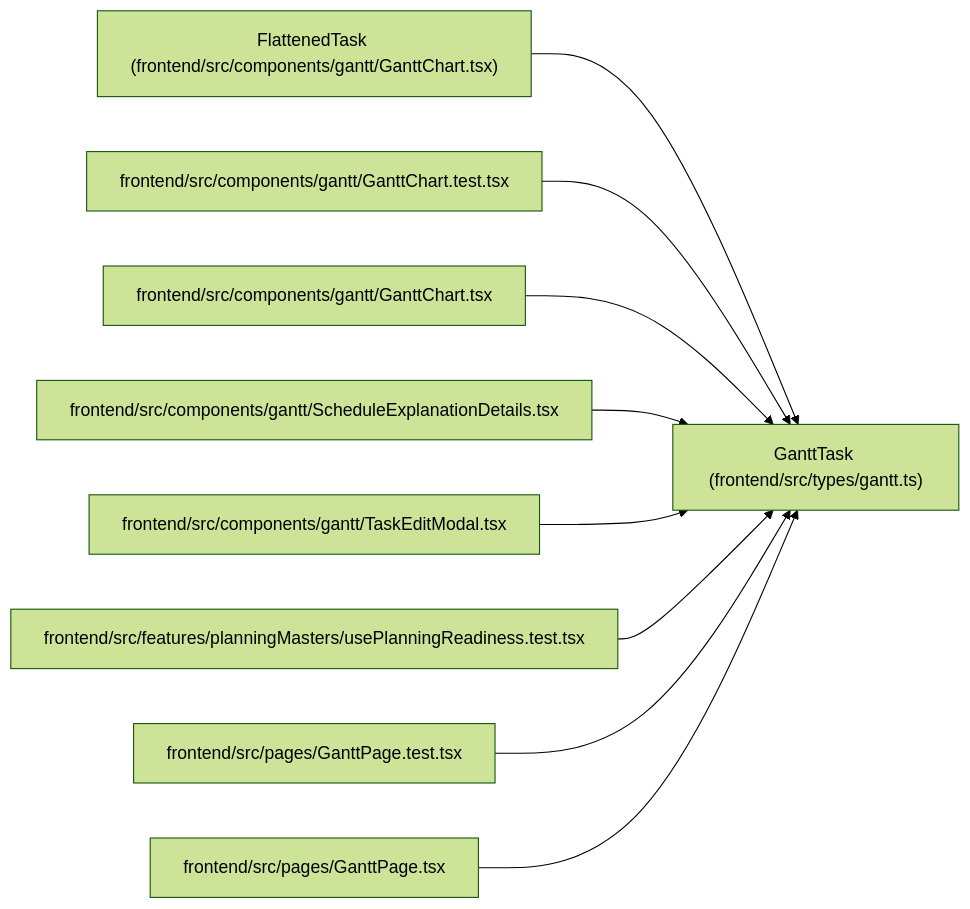
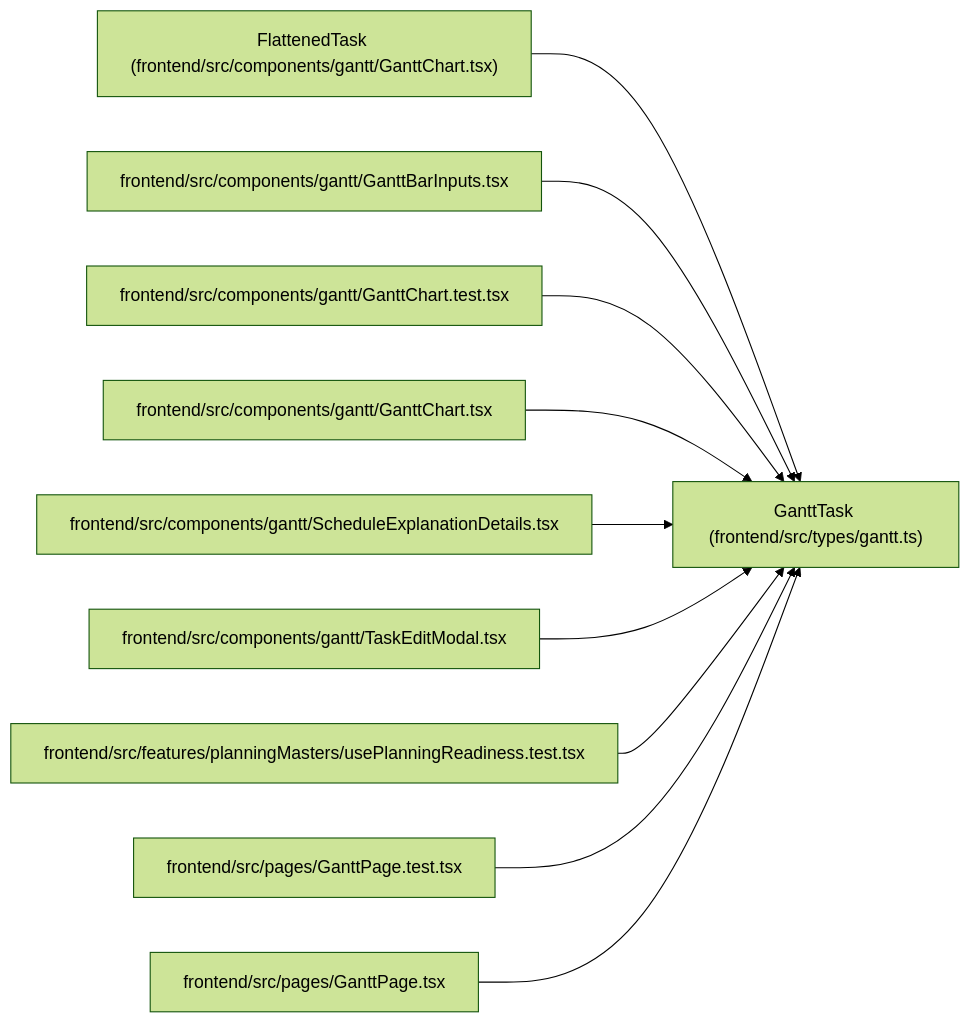
The diagram in docs/llm_wiki/entities/types_gantt_GanttTask.md (Denissvgn/WorkChord), drawn with Mermaid (forest theme) before and after one commit. The commit also changed other lines of this file and 854 other files, not shown here.

Commit message:
docs(wiki): refresh for the planning rule, capacity and Gantt input changes

````diff
--- a/docs/llm_wiki/entities/types_gantt_GanttTask.md
+++ b/docs/llm_wiki/entities/types_gantt_GanttTask.md
@@ -57,29 +57,32 @@
 ```mermaid
 flowchart LR
     n0["GanttTask (frontend/src/types/gantt.ts)"]
     n1["FlattenedTask (frontend/src/components/gantt/GanttChart.tsx)"]
-    n2["frontend/src/components/gantt/GanttChart.test.tsx"]
-    n3["frontend/src/components/gantt/GanttChart.tsx"]
-    n4["frontend/src/components/gantt/ScheduleExplanationDetails.tsx"]
-    n5["frontend/src/components/gantt/TaskEditModal.tsx"]
-    n6["frontend/src/features/planningMasters/usePlanningReadiness.test.tsx"]
-    n7["frontend/src/pages/GanttPage.test.tsx"]
-    n8["frontend/src/pages/GanttPage.tsx"]
+    n2["frontend/src/components/gantt/GanttBarInputs.tsx"]
+    n3["frontend/src/components/gantt/GanttChart.test.tsx"]
+    n4["frontend/src/components/gantt/GanttChart.tsx"]
+    n5["frontend/src/components/gantt/ScheduleExplanationDetails.tsx"]
+    n6["frontend/src/components/gantt/TaskEditModal.tsx"]
+    n7["frontend/src/features/planningMasters/usePlanningReadiness.test.tsx"]
+    n8["frontend/src/pages/GanttPage.test.tsx"]
+    n9["frontend/src/pages/GanttPage.tsx"]
     n1 --> n0
     n2 --> n0
     n3 --> n0
     n4 --> n0
     n5 --> n0
     n6 --> n0
     n7 --> n0
     n8 --> n0
+    n9 --> n0
     click n0 "../modules/types_gantt.md"
     click n1 "../modules/GanttChart.md"
-    click n2 "../modules/GanttChart.test.md"
-    click n3 "../modules/GanttChart.md"
-    click n4 "../modules/ScheduleExplanationDetails.md"
-    click n5 "../modules/TaskEditModal.md"
-    click n6 "../modules/usePlanningReadiness.test.md"
-    click n7 "../modules/GanttPage.test.md"
-    click n8 "../modules/GanttPage.md"
+    click n2 "../modules/GanttBarInputs.md"
+    click n3 "../modules/GanttChart.test.md"
+    click n4 "../modules/GanttChart.md"
+    click n5 "../modules/ScheduleExplanationDetails.md"
+    click n6 "../modules/TaskEditModal.md"
+    click n7 "../modules/usePlanningReadiness.test.md"
+    click n8 "../modules/GanttPage.test.md"
+    click n9 "../modules/GanttPage.md"
 ```
````
